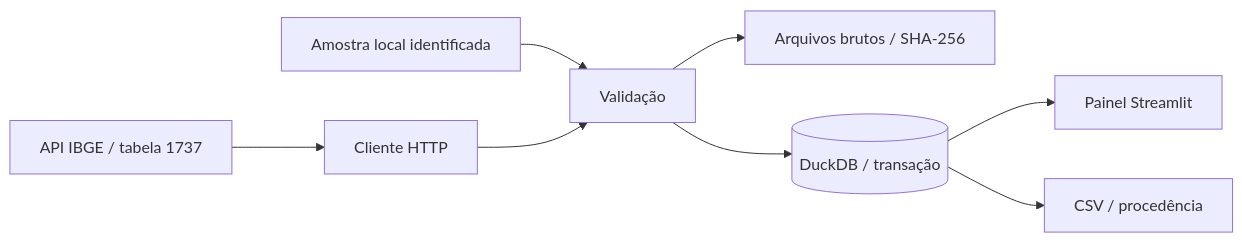
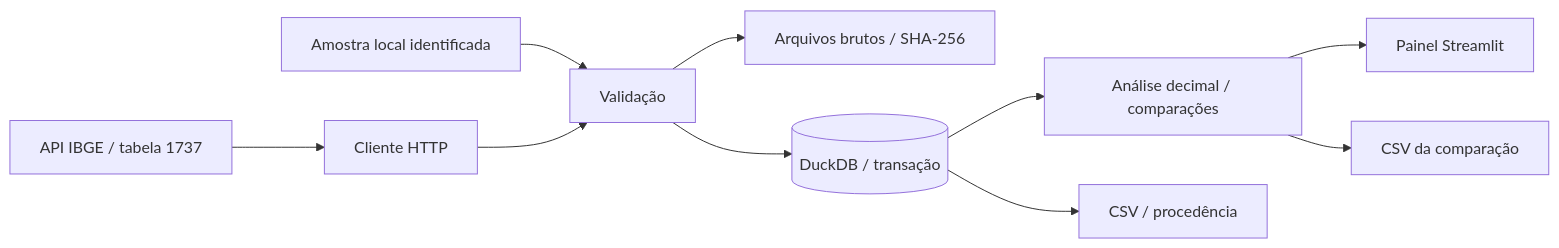
The diagram in README.md (LuizCodeBR/RadarInflacao), drawn with Mermaid before and after one commit. The commit also changed other lines of this file and 17 other files, not shown here.

```diff
--- a/README.md
+++ b/README.md
@@ -106,10 +126,12 @@
 ~~~mermaid
 flowchart LR
     IBGE[API IBGE / tabela 1737] --> COLETA[Cliente HTTP]
     AMOSTRA[Amostra local identificada] --> VALIDACAO[Validação]
     COLETA --> VALIDACAO
     VALIDACAO --> RAW[Arquivos brutos / SHA-256]
     VALIDACAO --> DB[(DuckDB / transação)]
-    DB --> PAINEL[Painel Streamlit]
+    DB --> ANALISE[Análise decimal / comparações]
+    ANALISE --> PAINEL[Painel Streamlit]
+    ANALISE --> COMPARACAO[CSV da comparação]
     DB --> CSV[CSV / procedência]
 ~~~
```
